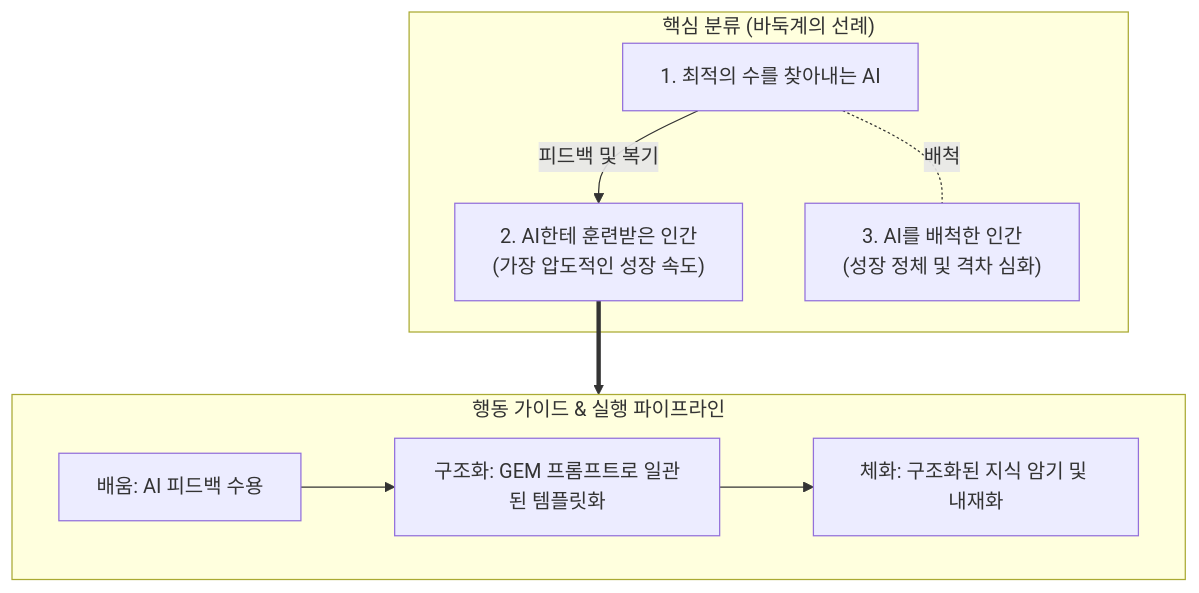
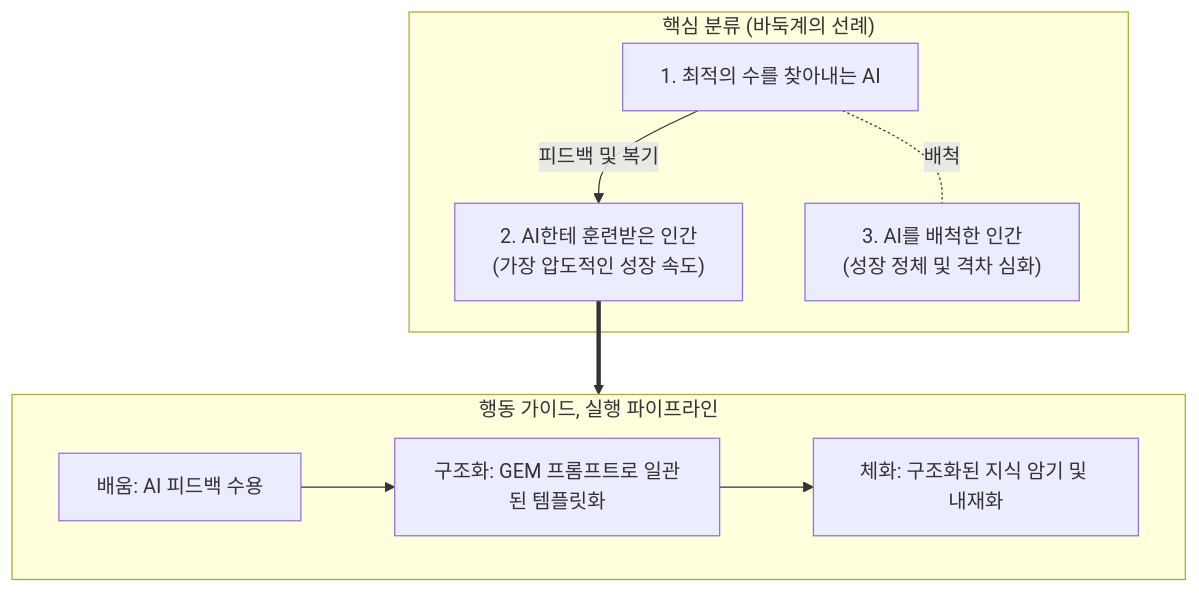
Before and after one commit to ckdtjs505/ckdtjs505.github.io: the diagram in _posts/book_먼저온_미래.md, drawn with Mermaid. The commit also changed other lines of this file, not shown here.

````diff
--- a/_posts/book_먼저온_미래.md
+++ b/_posts/book_먼저온_미래.md
@@ -65,21 +65,21 @@
 ```mermaid
 flowchart TD
     subgraph Core_Concepts ["핵심 분류 (바둑계의 선례)"]
         AI["1. 최적의 수를 찾아내는 AI"]
         Human_Trained["2. AI한테 훈련받은 인간<br/>(가장 압도적인 성장 속도)"]
         Human_Rejected["3. AI를 배척한 인간<br/>(성장 정체 및 격차 심화)"]
 
         AI -->|피드백 및 복기| Human_Trained
         AI -. 배척 .- Human_Rejected
     end
 
-    subgraph Workflow ["행동 가이드 & 실행 파이프라인"]
+    subgraph Workflow ["행동 가이드, 실행 파이프라인"]
         Step1["배움: AI 피드백 수용"]
         Step2["구조화: GEM 프롬프트로 일관된 템플릿화"]
         Step3["체화: 구조화된 지식 암기 및 내재화"]
 
         Step1 --> Step2 --> Step3
     end
 
     Human_Trained ==> Workflow
 ```
````
